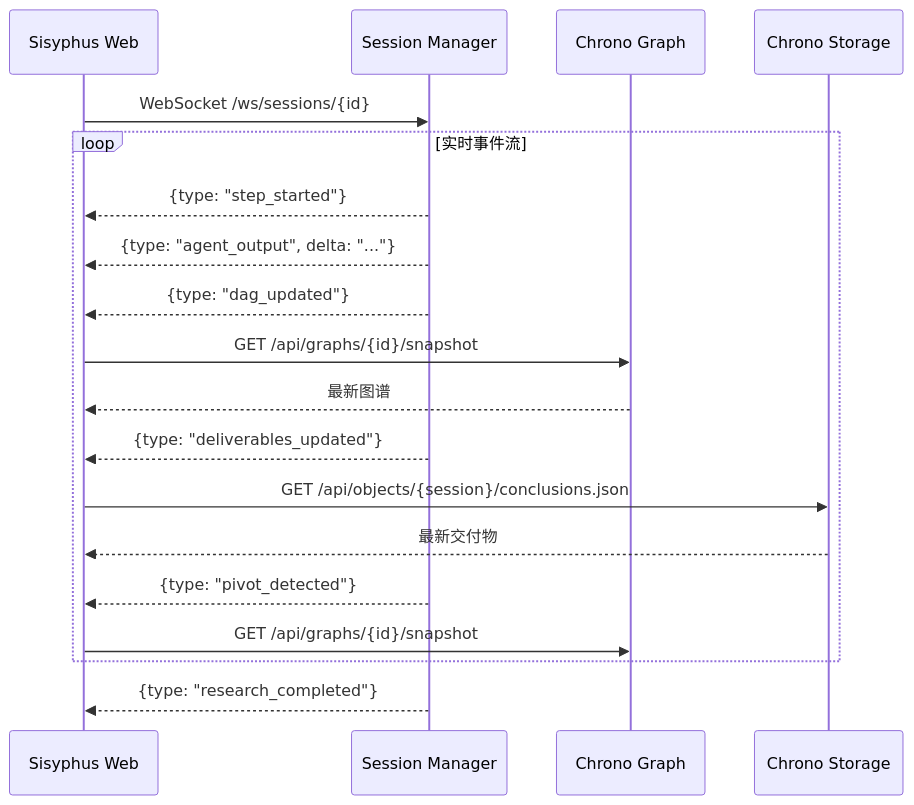
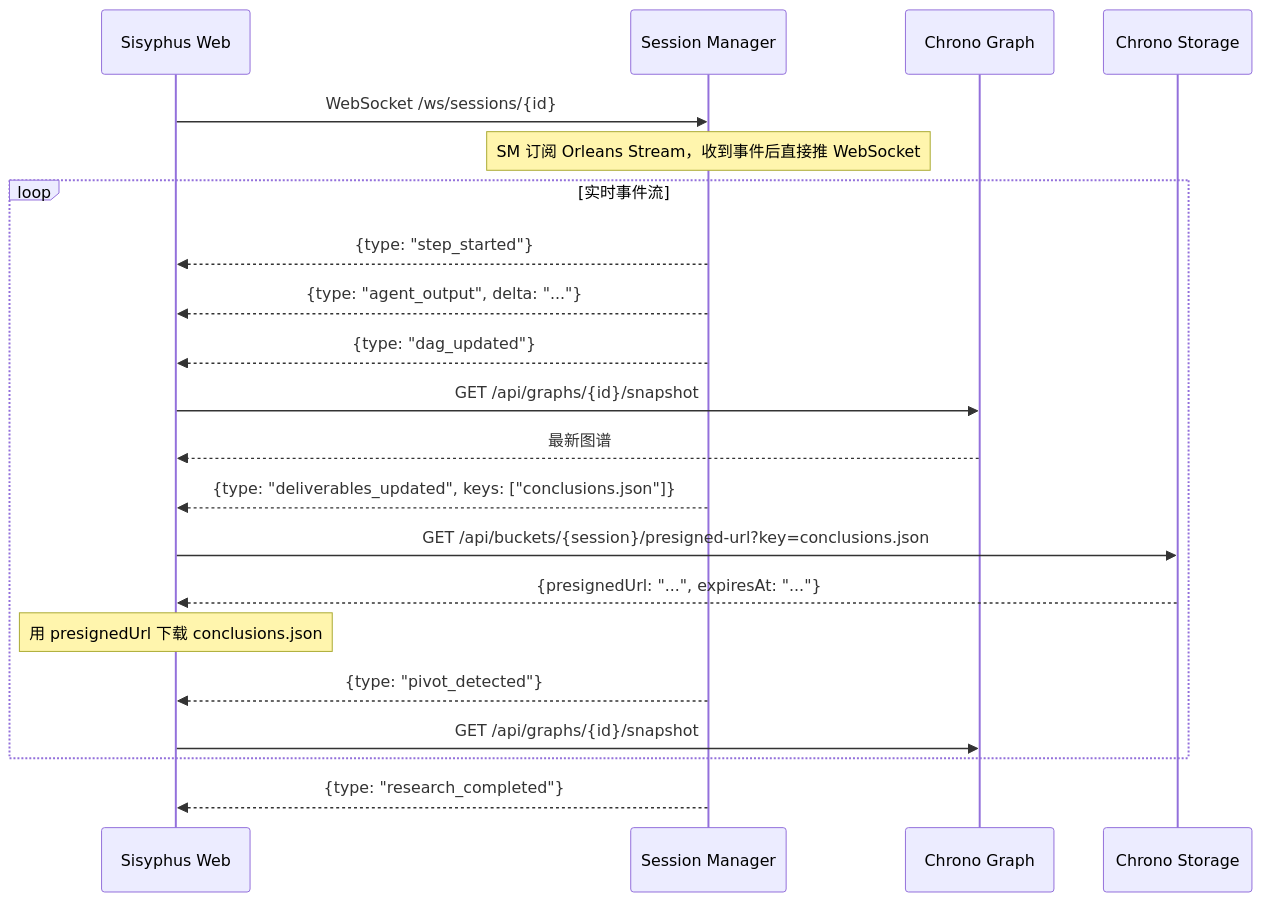
One commit to aevatarAI/aevatar changed diagram 12 of 14 in apps/sisyphus/docs/Architecture.md. Above: the diagram before and after it, drawn with Mermaid. The commit also changed other lines of this file, not shown here.

Commit message:
Architecture update

````diff
--- a/apps/sisyphus/docs/Architecture.md
+++ b/apps/sisyphus/docs/Architecture.md
@@ -741,27 +942,30 @@
 ```mermaid
 sequenceDiagram
     participant Web as Sisyphus Web
     participant SM as Session Manager
     participant CG as Chrono Graph
     participant CS as Chrono Storage
 
     Web->>SM: WebSocket /ws/sessions/{id}
 
+    Note over SM: SM 订阅 Orleans Stream，收到事件后直接推 WebSocket
+
     loop 实时事件流
         SM-->>Web: {type: "step_started"}
         SM-->>Web: {type: "agent_output", delta: "..."}
 
         SM-->>Web: {type: "dag_updated"}
         Web->>CG: GET /api/graphs/{id}/snapshot
         CG-->>Web: 最新图谱
 
-        SM-->>Web: {type: "deliverables_updated"}
-        Web->>CS: GET /api/objects/{session}/conclusions.json
-        CS-->>Web: 最新交付物
+        SM-->>Web: {type: "deliverables_updated", keys: ["conclusions.json"]}
+        Web->>CS: GET /api/buckets/{session}/presigned-url?key=conclusions.json
+        CS-->>Web: {presignedUrl: "...", expiresAt: "..."}
+        Note over Web: 用 presignedUrl 下载 conclusions.json
 
         SM-->>Web: {type: "pivot_detected"}
         Web->>CG: GET /api/graphs/{id}/snapshot
     end
 
     SM-->>Web: {type: "research_completed"}
 ```
````
